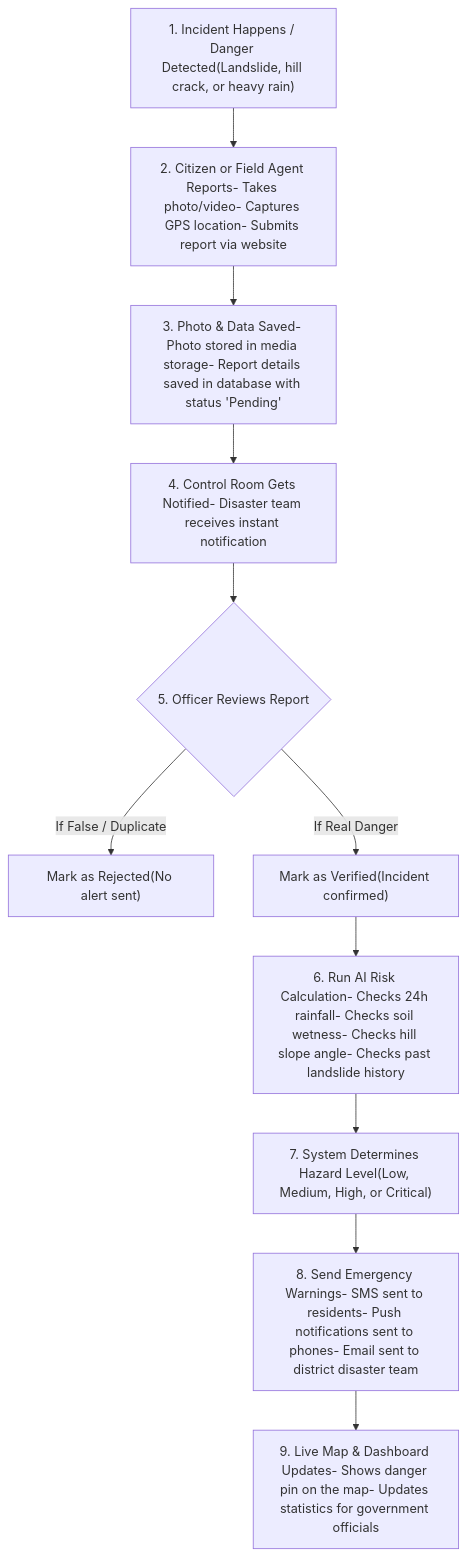
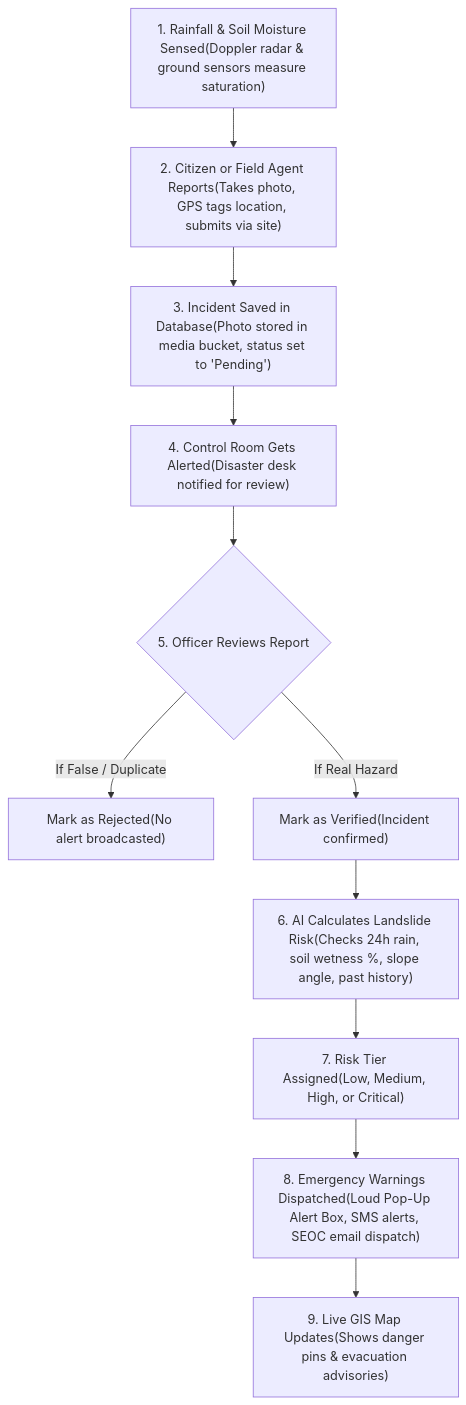
Before and after one commit to Harshit-Suthar/Landslide-Risk-Monitoring: the diagram in DOCUMENTATION.md, drawn with Mermaid. The commit also changed other lines of this file and 2 other files, not shown here.

Commit message:
docs: update DOCUMENTATION.docx, .md, and .txt with beginner-friendly system guide, new workflows, and all APIs

````diff
--- a/DOCUMENTATION.md
+++ b/DOCUMENTATION.md
@@ -24,20 +23,20 @@
 ```mermaid
 flowchart TD
-    Step1["1. Incident Happens / Danger Detected(Landslide, hill crack, or heavy rain)"] --> Step2["2. Citizen or Field Agent Reports- Takes photo/video- Captures GPS location- Submits report via website"]
+    Step1["1. Rainfall & Soil Moisture Sensed(Doppler radar & ground sensors measure saturation)"] --> Step2["2. Citizen or Field Agent Reports(Takes photo, GPS tags location, submits via site)"]
     
-    Step2 --> Step3["3. Photo & Data Saved- Photo stored in media storage- Report details saved in database with status 'Pending'"]
+    Step2 --> Step3["3. Incident Saved in Database(Photo stored in media bucket, status set to 'Pending')"]
     
-    Step3 --> Step4["4. Control Room Gets Notified- Disaster team receives instant notification"]
+    Step3 --> Step4["4. Control Room Gets Alerted(Disaster desk notified for review)"]
     
     Step4 --> Step5{"5. Officer Reviews Report"}
-    Step5 -- If False / Duplicate --> Reject["Mark as Rejected(No alert sent)"]
-    Step5 -- If Real Danger --> Verify["Mark as Verified(Incident confirmed)"]
+    Step5 -- If False / Duplicate --> Reject["Mark as Rejected(No alert broadcasted)"]
+    Step5 -- If Real Hazard --> Verify["Mark as Verified(Incident confirmed)"]
     
-    Verify --> Step6["6. Run AI Risk Calculation- Checks 24h rainfall- Checks soil wetness- Checks hill slope angle- Checks past landslide history"]
+    Verify --> Step6["6. AI Calculates Landslide Risk(Checks 24h rain, soil wetness %, slope angle, past history)"]
     
-    Step6 --> Step7["7. System Determines Hazard Level(Low, Medium, High, or Critical)"]
+    Step6 --> Step7["7. Risk Tier Assigned(Low, Medium, High, or Critical)"]
     
-    Step7 --> Step8["8. Send Emergency Warnings- SMS sent to residents- Push notifications sent to phones- Email sent to district disaster team"]
+    Step7 --> Step8["8. Emergency Warnings Dispatched(Loud Pop-Up Alert Box, SMS alerts, SEOC email dispatch)"]
     
-    Step8 --> Step9["9. Live Map & Dashboard Updates- Shows danger pin on the map- Updates statistics for government officials"]
+    Step8 --> Step9["9. Live GIS Map Updates(Shows danger pins & evacuation advisories)"]
 ```
````
